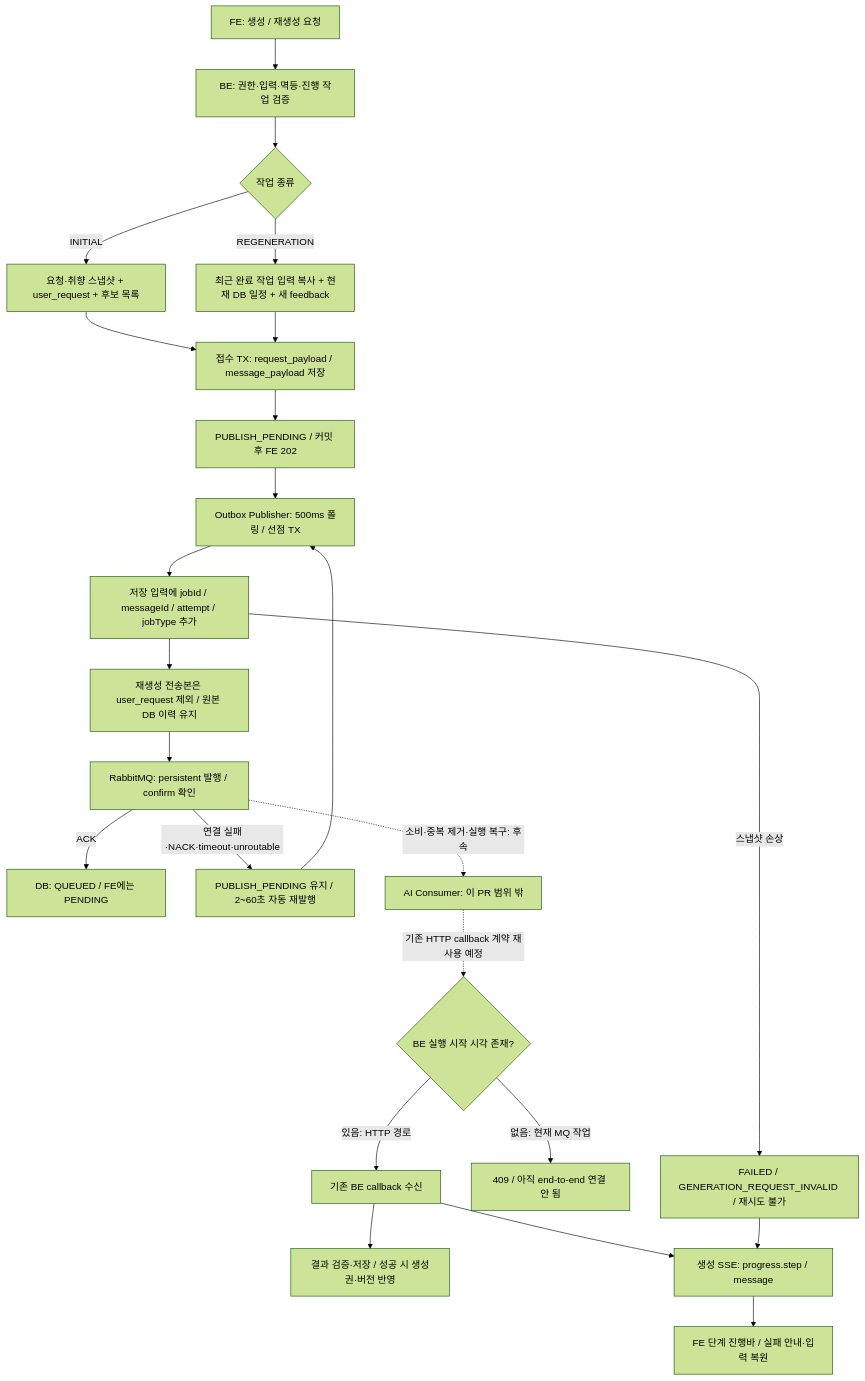
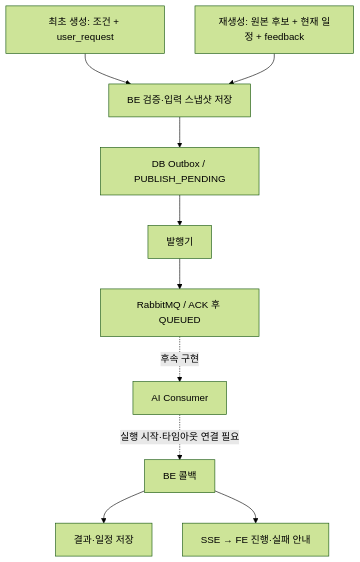
Before and after one commit to 100-hours-a-week/KTB4-10th-BE: the diagram in docs/architecture/guidebook-mq-generation.md, drawn with Mermaid (forest theme). The commit also changed other lines of this file and 3 other files, not shown here.

Commit message:
docs(guidebook): 대형 생성 다이어그램 제거 및 Mermaid로 단순화

````diff
--- a/docs/architecture/guidebook-mq-generation.md
+++ b/docs/architecture/guidebook-mq-generation.md
@@ -9,26 +9,12 @@
 ```mermaid
 flowchart TD
-    FE["FE: 생성 / 재생성 요청"] --> API["BE: 권한·입력·멱등·진행 작업 검증"]
-    API --> KIND{"작업 종류"}
-    KIND -->|INITIAL| INITIAL["요청·취향 스냅샷 + user_request + 후보 목록"]
-    KIND -->|REGENERATION| REGEN["최근 완료 작업 입력 복사 + 현재 DB 일정 + 새 feedback"]
-    INITIAL --> SAVE["접수 TX: request_payload / message_payload 저장"]
-    REGEN --> SAVE
-    SAVE --> STATE["PUBLISH_PENDING / 커밋 후 FE 202"]
-    STATE --> PUB["Outbox Publisher: 500ms 폴링 / 선점 TX"]
-    PUB --> BUILD["저장 입력에 jobId / messageId / attempt / jobType 추가"]
-    BUILD --> REMOVE["재생성 전송본은 user_request 제외 / 원본 DB 이력 유지"]
-    REMOVE --> MQ["RabbitMQ: persistent 발행 / confirm 확인"]
-    MQ -->|ACK| QUEUED["DB: QUEUED / FE에는 PENDING"]
-    MQ -->|연결 실패·NACK·timeout·unroutable| BACKOFF["PUBLISH_PENDING 유지 / 2~60초 자동 재발행"]
-    BACKOFF --> PUB
-    BUILD -->|스냅샷 손상| INVALID["FAILED / GENERATION_REQUEST_INVALID / 재시도 불가"]
-    MQ -. "소비·중복 제거·실행 복구: 후속" .-> CONSUMER["AI Consumer: 이 PR 범위 밖"]
-    CONSUMER -. "기존 HTTP callback 계약 재사용 예정" .-> GATE{"BE 실행 시작 시각 존재?"}
-    GATE -->|없음: 현재 MQ 작업| BLOCK["409 / 아직 end-to-end 연결 안 됨"]
-    GATE -->|있음: HTTP 경로| CALLBACK["기존 BE callback 수신"]
-    CALLBACK --> RESULTS["결과 검증·저장 / 성공 시 생성권·버전 반영"]
-    CALLBACK --> SSE["생성 SSE: progress.step / message"]
-    INVALID --> SSE
-    SSE --> UI["FE 단계 진행바 / 실패 안내·입력 복원"]
+    INITIAL["최초 생성: 조건 + user_request"] --> SNAPSHOT["BE 검증·입력 스냅샷 저장"]
+    REGEN["재생성: 원본 후보 + 현재 일정 + feedback"] --> SNAPSHOT
+    SNAPSHOT --> OUTBOX["DB Outbox / PUBLISH_PENDING"]
+    OUTBOX --> PUBLISHER["발행기"]
+    PUBLISHER --> MQ["RabbitMQ / ACK 후 QUEUED"]
+    MQ -. "후속 구현" .-> CONSUMER["AI Consumer"]
+    CONSUMER -. "실행 시작·타임아웃 연결 필요" .-> CALLBACK["BE 콜백"]
+    CALLBACK --> DB["결과·일정 저장"]
+    CALLBACK --> SSE["SSE → FE 진행·실패 안내"]
 ```
````
